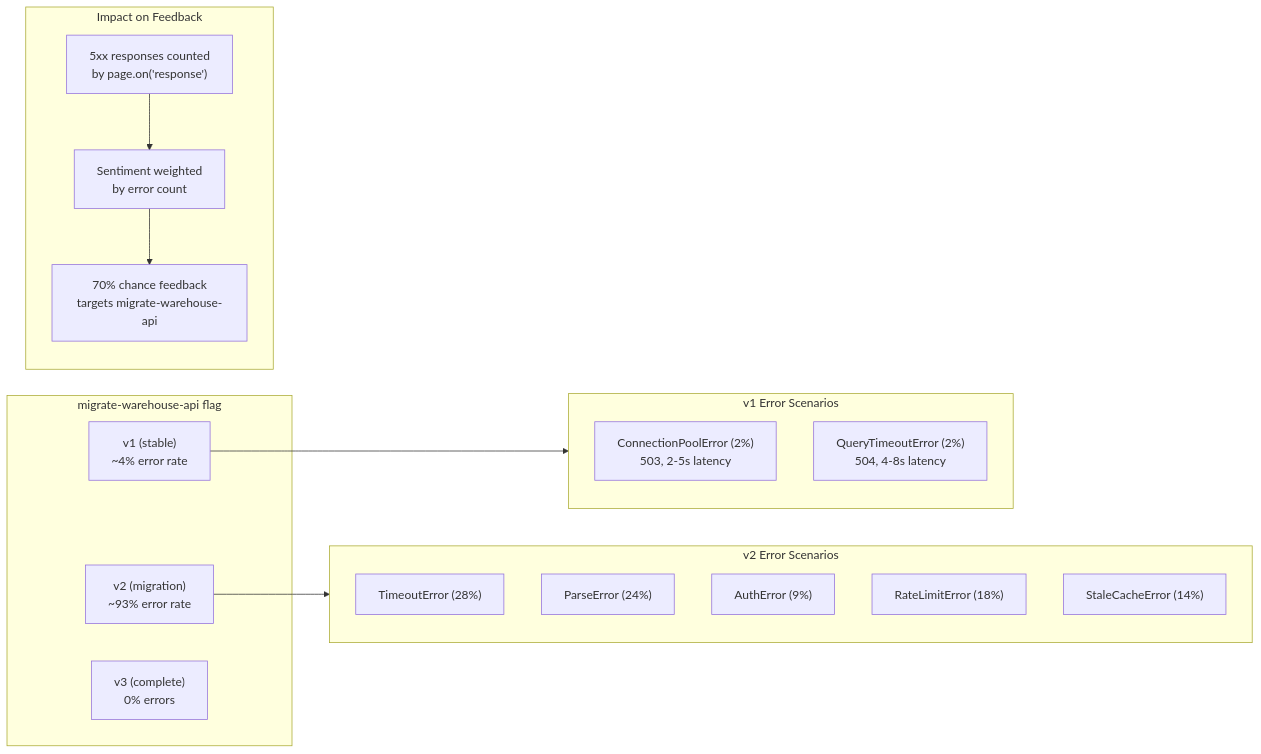
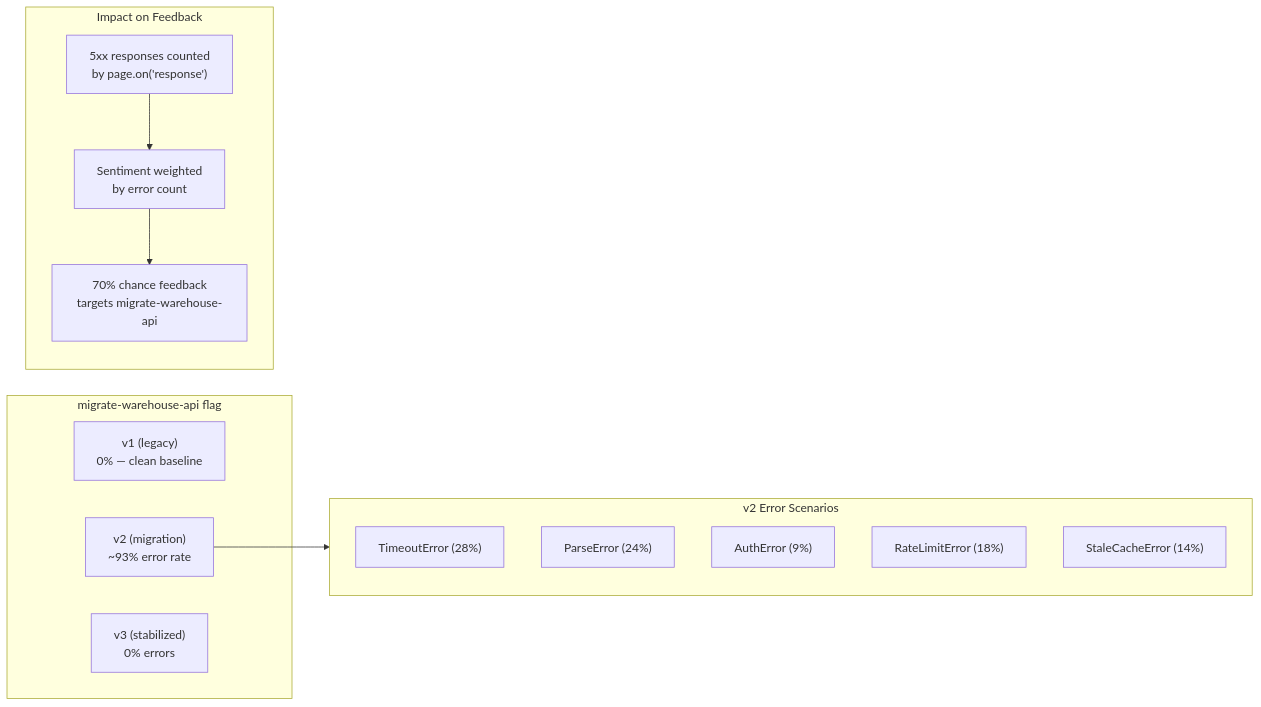
Before and after one commit to ttotenberg-ld/launchdarkly-fullstack-o11y-populator: diagram 11 of 11 in agents/simulator-diagram.md, drawn with Mermaid. The commit also changed 9 other files, not shown here.

````diff
--- a/agents/simulator-diagram.md
+++ b/agents/simulator-diagram.md
@@ -561,29 +561,23 @@
 ```mermaid
 flowchart LR
     subgraph Flag["migrate-warehouse-api flag"]
-        V1["v1 (stable)<br/>~4% error rate"]
+        V1["v1 (legacy)<br/>0% — clean baseline"]
         V2["v2 (migration)<br/>~93% error rate"]
-        V3["v3 (complete)<br/>0% errors"]
-    end
-
-    subgraph V1Errors["v1 Error Scenarios"]
-        V1E1["ConnectionPoolError (2%)<br/>503, 2-5s latency"]
-        V1E2["QueryTimeoutError (2%)<br/>504, 4-8s latency"]
+        V3["v3 (stabilized)<br/>0% errors"]
     end
 
     subgraph V2Errors["v2 Error Scenarios"]
         V2E1["TimeoutError (28%)"]
         V2E2["ParseError (24%)"]
         V2E3["AuthError (9%)"]
         V2E4["RateLimitError (18%)"]
         V2E5["StaleCacheError (14%)"]
     end
 
-    V1 --> V1Errors
     V2 --> V2Errors
 
     subgraph FeedbackImpact["Impact on Feedback"]
         Errors["5xx responses counted<br/>by page.on('response')"] --> Sentiment["Sentiment weighted<br/>by error count"]
         Sentiment --> FlagBias["70% chance feedback<br/>targets migrate-warehouse-api"]
     end
 ```
````
